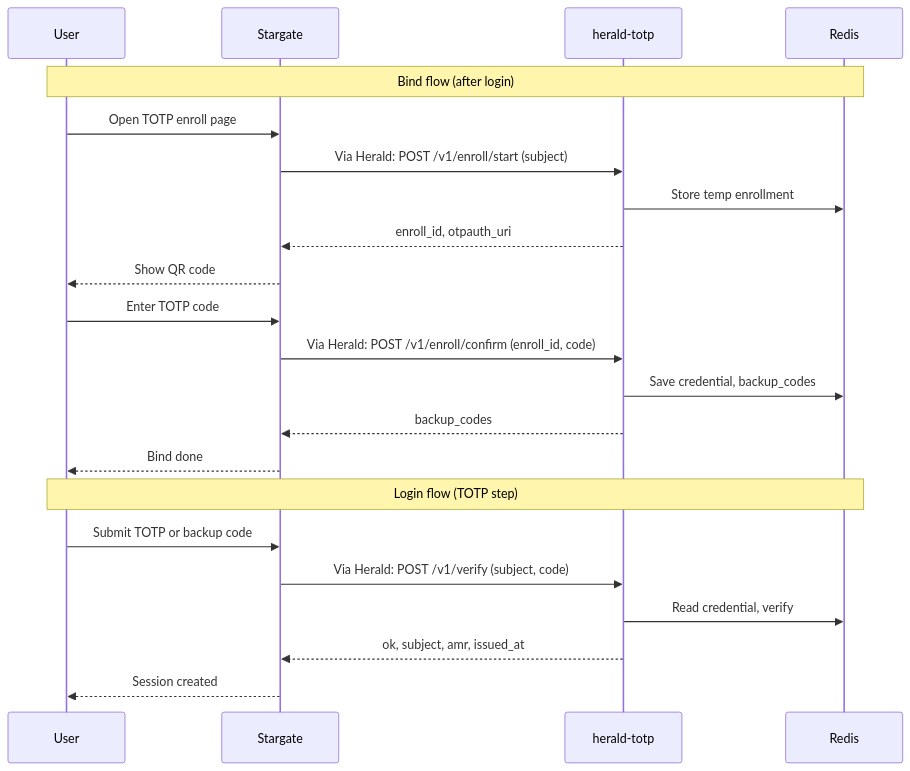
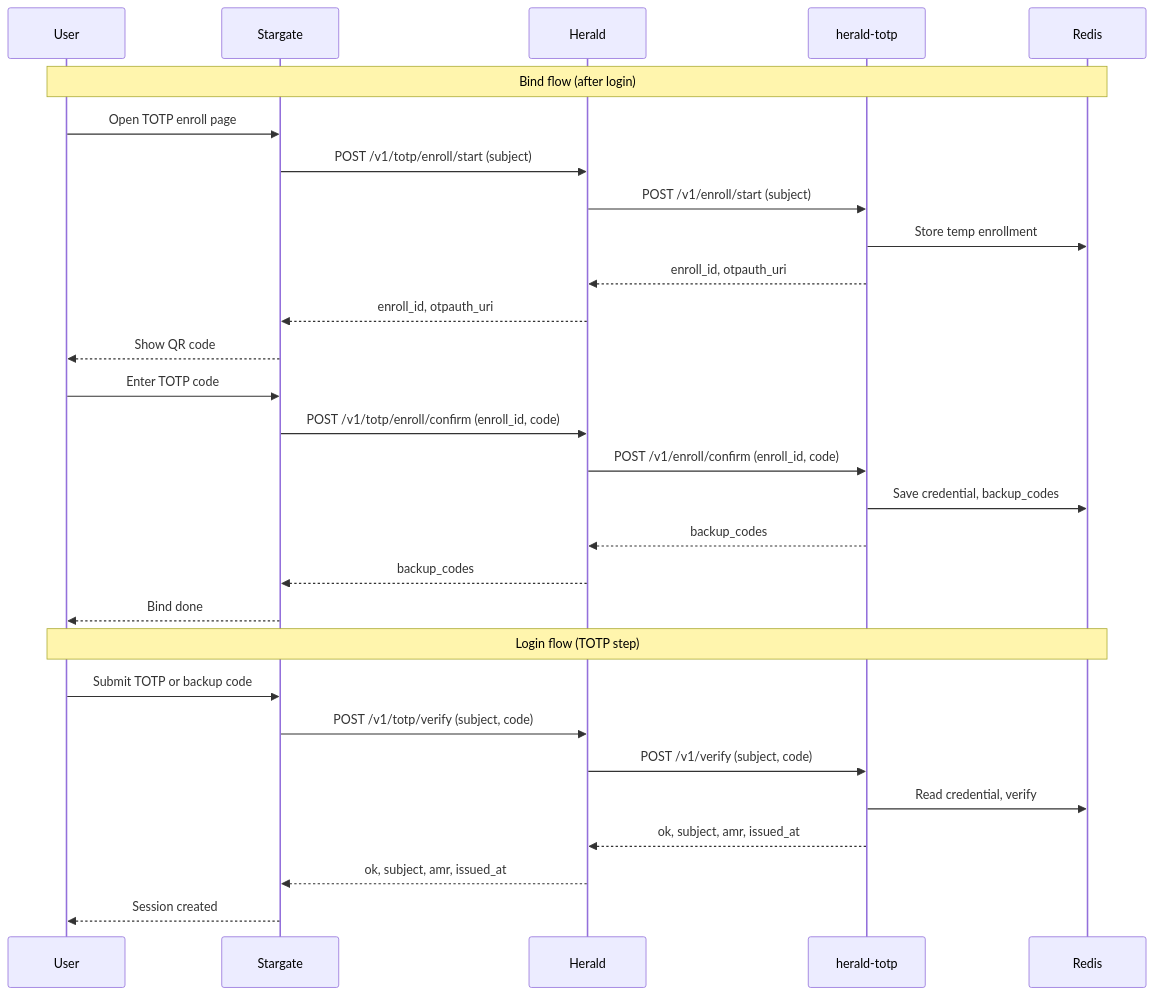
One commit to soulteary/herald-totp changed the diagram in README.md. Above: the diagram before and after it, drawn with Mermaid. The commit also changed other lines of this file and 1 other file, not shown here.

Commit message:
docs: show authenticated two-hop TOTP integration

````diff
--- a/README.md
+++ b/README.md
@@ -37,26 +37,33 @@
 ```mermaid
 sequenceDiagram
   participant User
   participant Stargate
+  participant Herald
   participant HeraldTotp as herald-totp
   participant Redis
 
   Note over User,Redis: Bind flow (after login)
   User->>Stargate: Open TOTP enroll page
-  Stargate->>HeraldTotp: Via Herald: POST /v1/enroll/start (subject)
+  Stargate->>Herald: POST /v1/totp/enroll/start (subject)
+  Herald->>HeraldTotp: POST /v1/enroll/start (subject)
   HeraldTotp->>Redis: Store temp enrollment
-  HeraldTotp-->>Stargate: enroll_id, otpauth_uri
+  HeraldTotp-->>Herald: enroll_id, otpauth_uri
+  Herald-->>Stargate: enroll_id, otpauth_uri
   Stargate-->>User: Show QR code
   User->>Stargate: Enter TOTP code
-  Stargate->>HeraldTotp: Via Herald: POST /v1/enroll/confirm (enroll_id, code)
+  Stargate->>Herald: POST /v1/totp/enroll/confirm (enroll_id, code)
+  Herald->>HeraldTotp: POST /v1/enroll/confirm (enroll_id, code)
   HeraldTotp->>Redis: Save credential, backup_codes
-  HeraldTotp-->>Stargate: backup_codes
+  HeraldTotp-->>Herald: backup_codes
+  Herald-->>Stargate: backup_codes
   Stargate-->>User: Bind done
 
   Note over User,Redis: Login flow (TOTP step)
   User->>Stargate: Submit TOTP or backup code
-  Stargate->>HeraldTotp: Via Herald: POST /v1/verify (subject, code)
+  Stargate->>Herald: POST /v1/totp/verify (subject, code)
+  Herald->>HeraldTotp: POST /v1/verify (subject, code)
   HeraldTotp->>Redis: Read credential, verify
-  HeraldTotp-->>Stargate: ok, subject, amr, issued_at
+  HeraldTotp-->>Herald: ok, subject, amr, issued_at
+  Herald-->>Stargate: ok, subject, amr, issued_at
   Stargate-->>User: Session created
 ```
````
